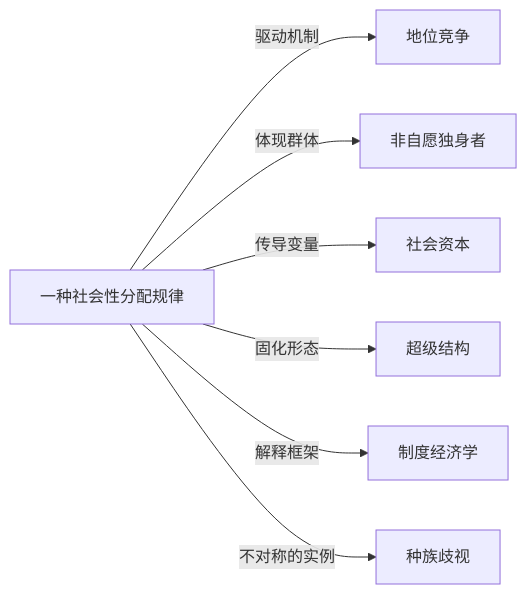
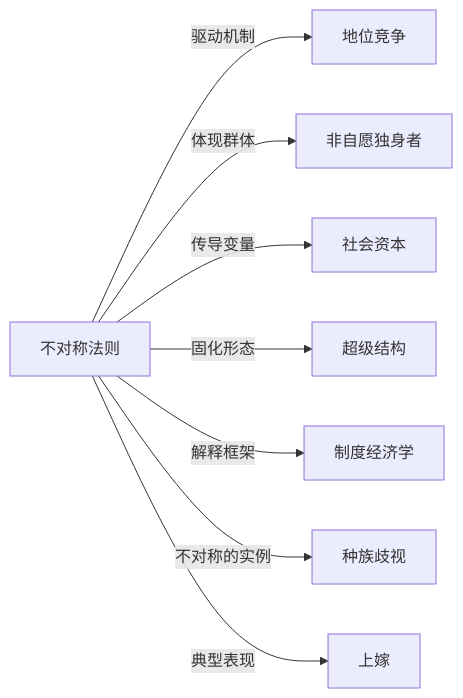
One commit to KIMMCHOW/MyKnowledge changed the diagram in Knowledge/Concepts/社会学/不对称法则.md. Above: the diagram before and after it, drawn with Mermaid. The commit also changed 96 other files, not shown here.

Commit message:
fix: 修复概念页关系图节点并补齐缺失关联

````diff
--- a/Knowledge/Concepts/社会学/不对称法则.md
+++ b/Knowledge/Concepts/社会学/不对称法则.md
@@ -48,9 +48,10 @@
 ```mermaid
 graph LR
-    一种社会性分配规律 -->|驱动机制| 地位竞争
-    一种社会性分配规律 -->|体现群体| 非自愿独身者
-    一种社会性分配规律 -->|传导变量| 社会资本
-    一种社会性分配规律 -->|固化形态| 超级结构
-    一种社会性分配规律 -->|解释框架| 制度经济学
-    一种社会性分配规律 -->|不对称的实例| 种族歧视
+不对称法则 -->|驱动机制| 地位竞争
+不对称法则 -->|体现群体| 非自愿独身者
+不对称法则 -->|传导变量| 社会资本
+不对称法则 -->|固化形态| 超级结构
+不对称法则 -->|解释框架| 制度经济学
+不对称法则 -->|不对称的实例| 种族歧视
+不对称法则 -->|典型表现| 上嫁
 ```
````
